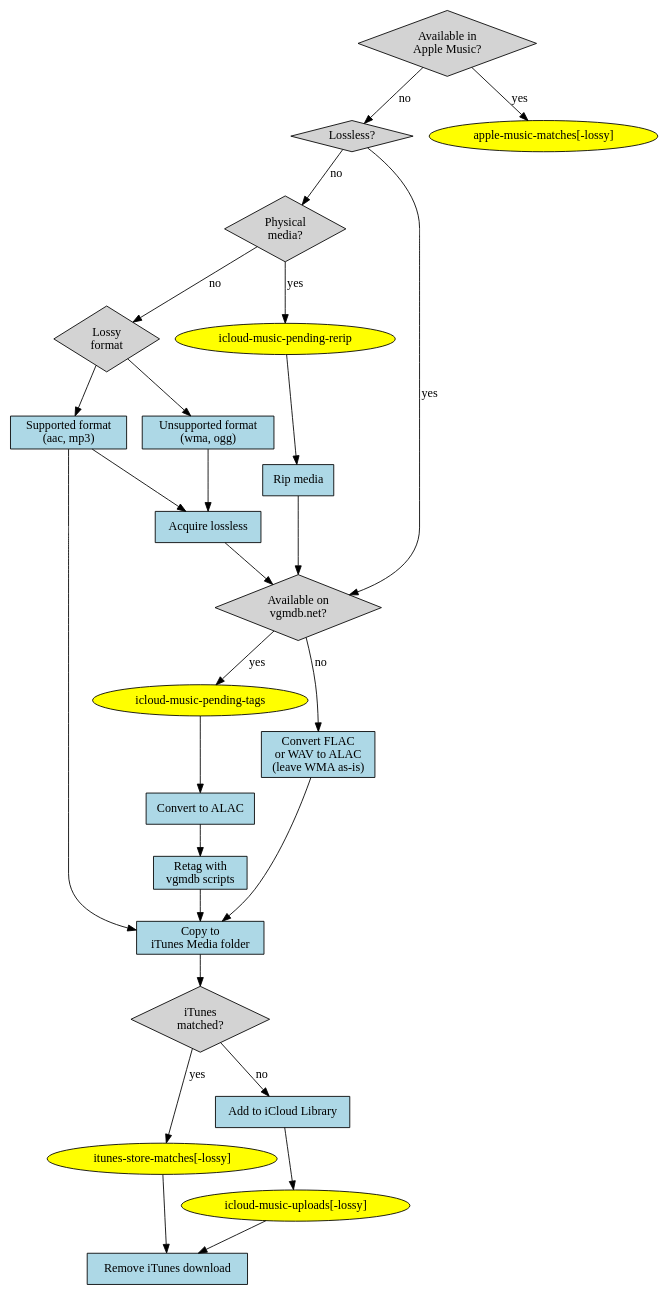
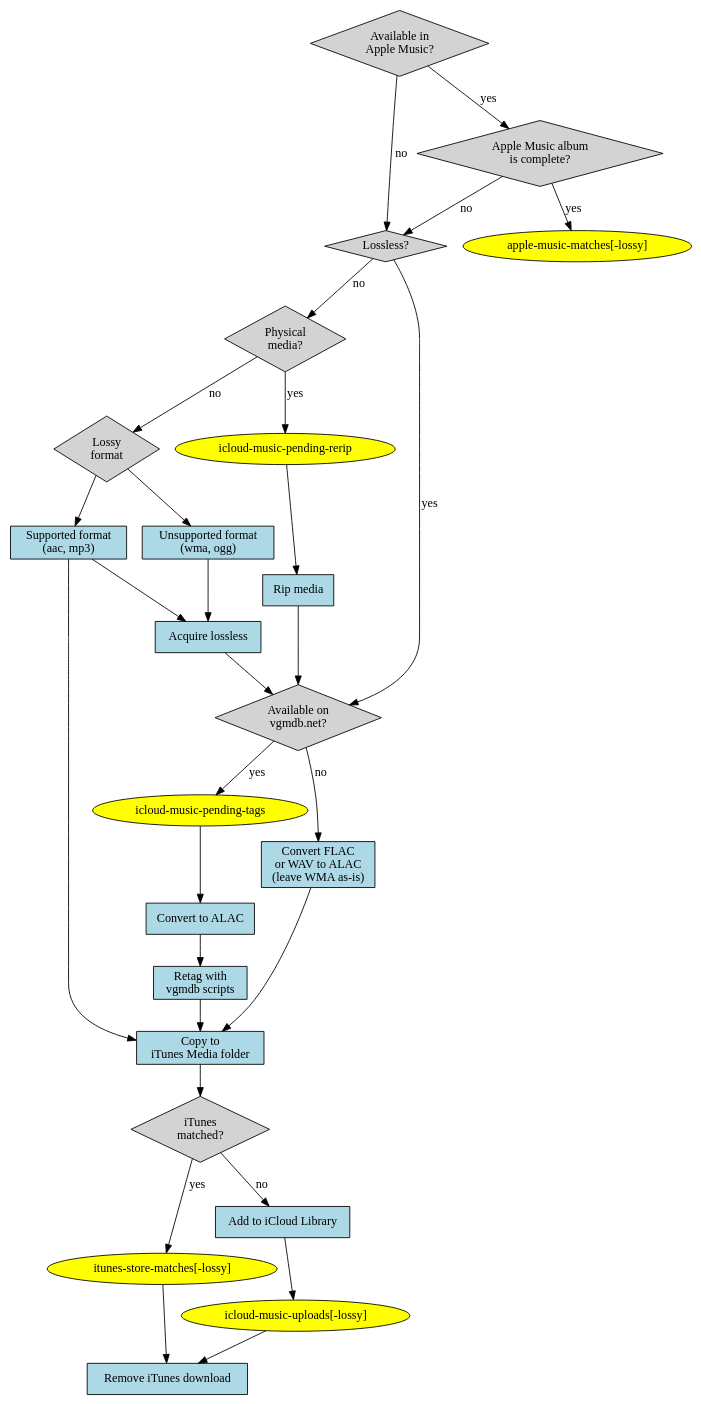
Before and after one commit to aaron-meyers/music-migration: the diagram in workflow.gv, drawn with Graphviz. The commit also changed 1 other file, not shown here.

Commit message:
workflow add check for Apple Music complete album

```diff
--- a/workflow.gv
+++ b/workflow.gv
@@ -1,56 +1,59 @@
 digraph {
     fontname="Calibri"
     node [fontname="Calibri"]
     edge [fontname="Calibri"]
 
     node [shape=diamond style=filled fillcolor=lightgray]
     is_apple_music_available [label="Available in\nApple Music?"]
+    is_apple_music_complete [label="Apple Music album\nis complete?"]
     is_lossless [label="Lossless?"]
     is_vgmdb_available [label="Available on\nvgmdb.net?"]
     itunes_matched [label="iTunes\nmatched?"]
     have_physical_media [label="Physical\nmedia?"]
     lossy_format [label="Lossy\nformat"]
 
     node [shape=oval fillcolor=yellow]
     apple_music_matches [label="apple-music-matches[-lossy]"]
     itunes_store_matches [label="itunes-store-matches[-lossy]"]
     icloud_music_pending_rerip [label="icloud-music-pending-rerip"]
     icloud_music_pending_tags [label="icloud-music-pending-tags"]
     icloud_music_uploads [label="icloud-music-uploads[-lossy]"]
 
     node [shape=rect fillcolor=lightblue]
     rip_media [label="Rip media"]
     supported_lossy_format [label="Supported format\n(aac, mp3)"]
     unsupported_lossy_format [label="Unsupported format\n(wma, ogg)"]
     acquire_lossless [label="Acquire lossless"]
     convert_flac_to_alac [label="Convert FLAC\nor WAV to ALAC\n(leave WMA as-is)"]
     convert_to_alac [label="Convert to ALAC"]
     vgmdb_scripts [label="Retag with\nvgmdb scripts"]
     copy_to_itunes_media [label="Copy to\niTunes Media folder"]
     add_to_icloud_library [label="Add to iCloud Library"]
     remove_itunes_download [label="Remove iTunes download"]
 
-    is_apple_music_available -> apple_music_matches [label="yes"]
+    is_apple_music_available -> is_apple_music_complete [label="yes"]
+    is_apple_music_complete -> apple_music_matches [label="yes"]
+    is_apple_music_complete -> is_lossless [label="no"]
 
     is_apple_music_available -> is_lossless [label="no"]
     is_lossless -> is_vgmdb_available [label="yes"]
     is_vgmdb_available -> icloud_music_pending_tags [label="yes"]
     icloud_music_pending_tags -> convert_to_alac -> vgmdb_scripts
     vgmdb_scripts -> copy_to_itunes_media -> itunes_matched
     itunes_matched -> itunes_store_matches [label="yes"]
     itunes_matched -> add_to_icloud_library [label="no"]
     add_to_icloud_library -> icloud_music_uploads -> remove_itunes_download
     itunes_store_matches -> remove_itunes_download
 
     is_vgmdb_available -> convert_flac_to_alac [label="no"]
     convert_flac_to_alac -> copy_to_itunes_media 
 
     is_lossless -> have_physical_media [label="no"]
     have_physical_media -> icloud_music_pending_rerip [label="yes"]
     icloud_music_pending_rerip -> rip_media -> is_vgmdb_available
     have_physical_media -> lossy_format [label="no"]
     lossy_format -> supported_lossy_format -> copy_to_itunes_media
     supported_lossy_format -> acquire_lossless
     lossy_format -> unsupported_lossy_format -> acquire_lossless
     acquire_lossless -> is_vgmdb_available
 }
```
